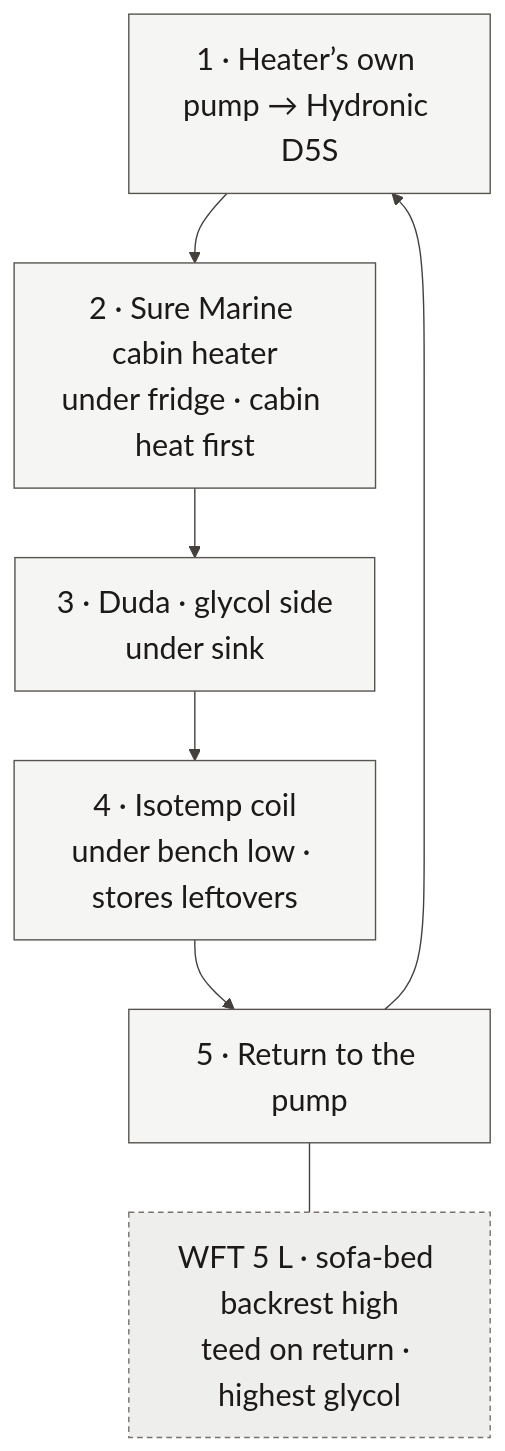
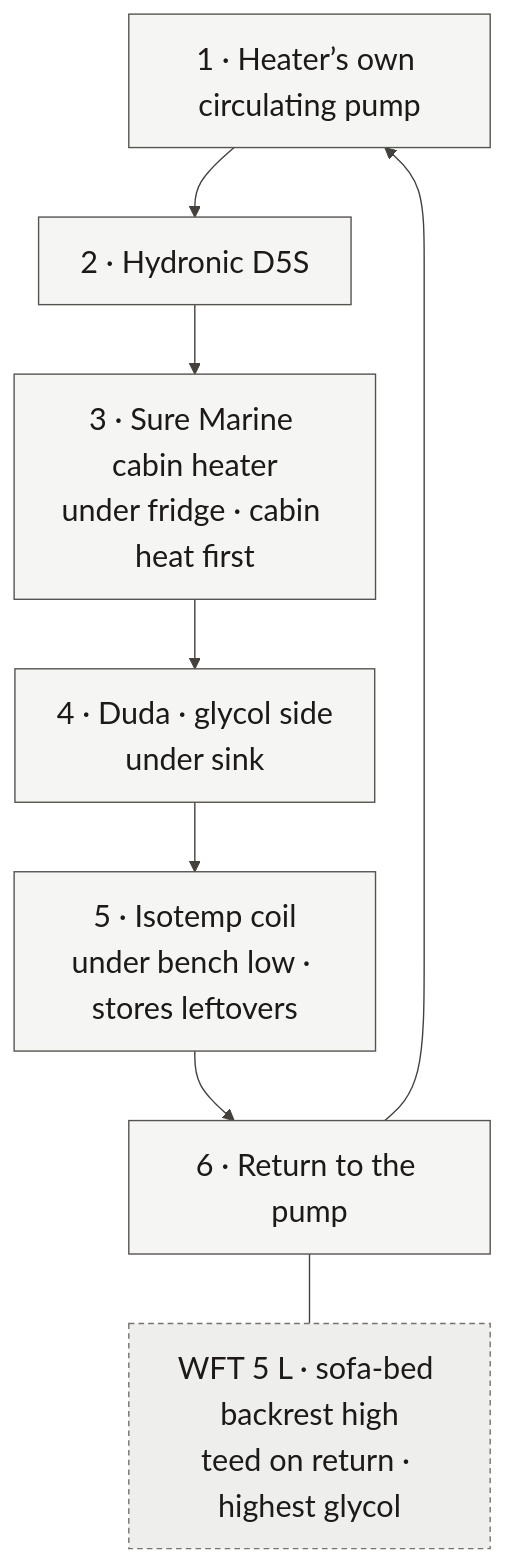
One commit to benracine/sprinter-heat changed the diagram in book/diagrams/glycol-loop.mmd. Above: the diagram before and after it, drawn with Mermaid. The commit also changed 2 other files, not shown here.

```diff
--- a/book/diagrams/glycol-loop.mmd
+++ b/book/diagrams/glycol-loop.mmd
@@ -1,14 +1,15 @@
 %%{init: {'theme':'base','themeVariables': {'background':'#fafaf9','primaryColor':'#f5f5f4','primaryTextColor':'#1c1917','primaryBorderColor':'#57534e','lineColor':'#44403c','secondaryColor':'#e7e5e4','tertiaryColor':'#eeeeec','fontFamily':'Avenir Next, Avenir, Helvetica Neue, sans-serif','fontSize':'22px','textColor':'#1c1917','mainBkg':'#f5f5f4','clusterBkg':'#eeeeec','clusterBorder':'#78716c','edgeLabelBackground':'#fafaf9'}}}%%
 flowchart TD
-  S1["1 · Heater’s own pump → Hydronic D5S"] --> S2["2 · Sure Marine cabin heater<br/>under fridge · cabin heat first"]
-  S2 --> S3["3 · Duda · glycol side<br/>under sink"]
-  S3 --> S4["4 · Isotemp coil<br/>under bench low · stores leftovers"]
-  S4 --> S5["5 · Return to the pump"]
-  S5 --> S1
+  S1["1 · Heater’s own circulating pump"] --> S2["2 · Hydronic D5S"]
+  S2 --> S3["3 · Sure Marine cabin heater<br/>under fridge · cabin heat first"]
+  S3 --> S4["4 · Duda · glycol side<br/>under sink"]
+  S4 --> S5["5 · Isotemp coil<br/>under bench low · stores leftovers"]
+  S5 --> S6["6 · Return to the pump"]
+  S6 --> S1
   WFT["WFT 5 L · sofa-bed backrest high<br/>teed on return · highest glycol"]
-  S5 --- WFT
+  S6 --- WFT
 
   classDef normal fill:#f5f5f4,stroke:#57534e,stroke-width:1px,color:#1c1917;
   classDef note fill:#eeeeec,stroke:#78716c,stroke-width:1px,stroke-dasharray:4 3,color:#1c1917;
-  class S1,S2,S3,S4,S5 normal;
+  class S1,S2,S3,S4,S5,S6 normal;
   class WFT note;
```
